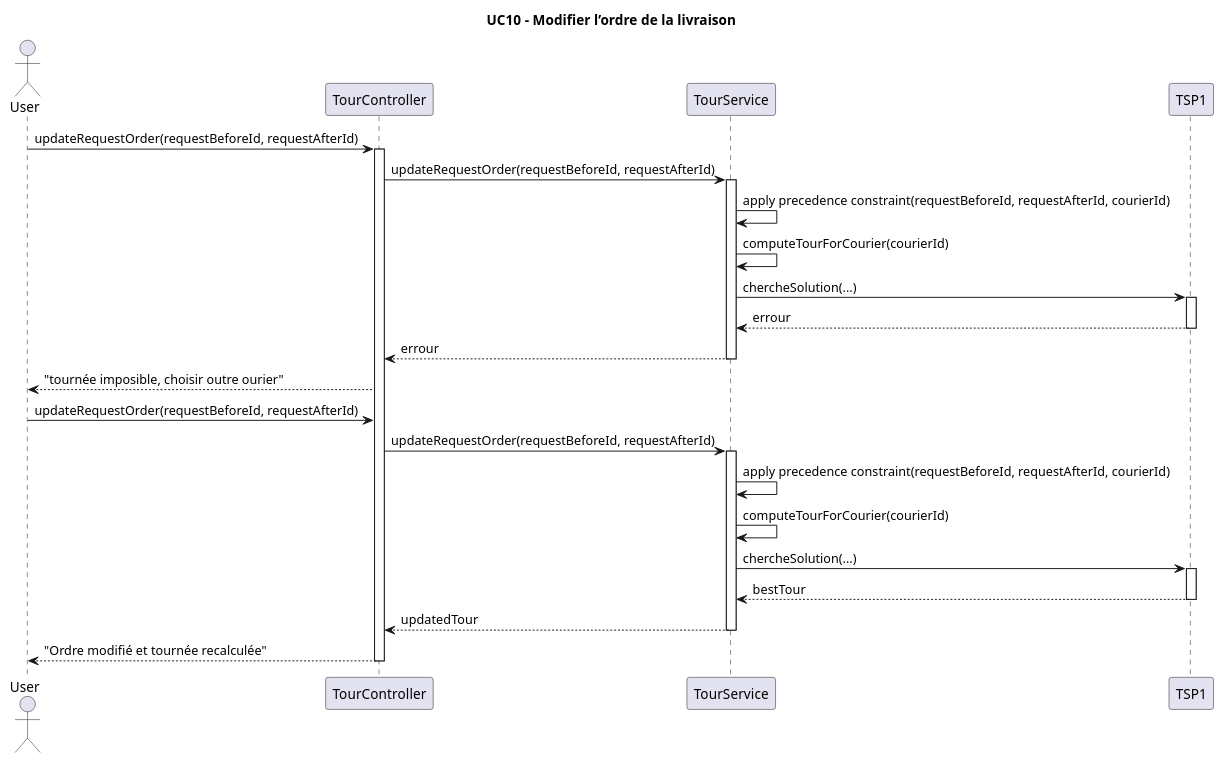
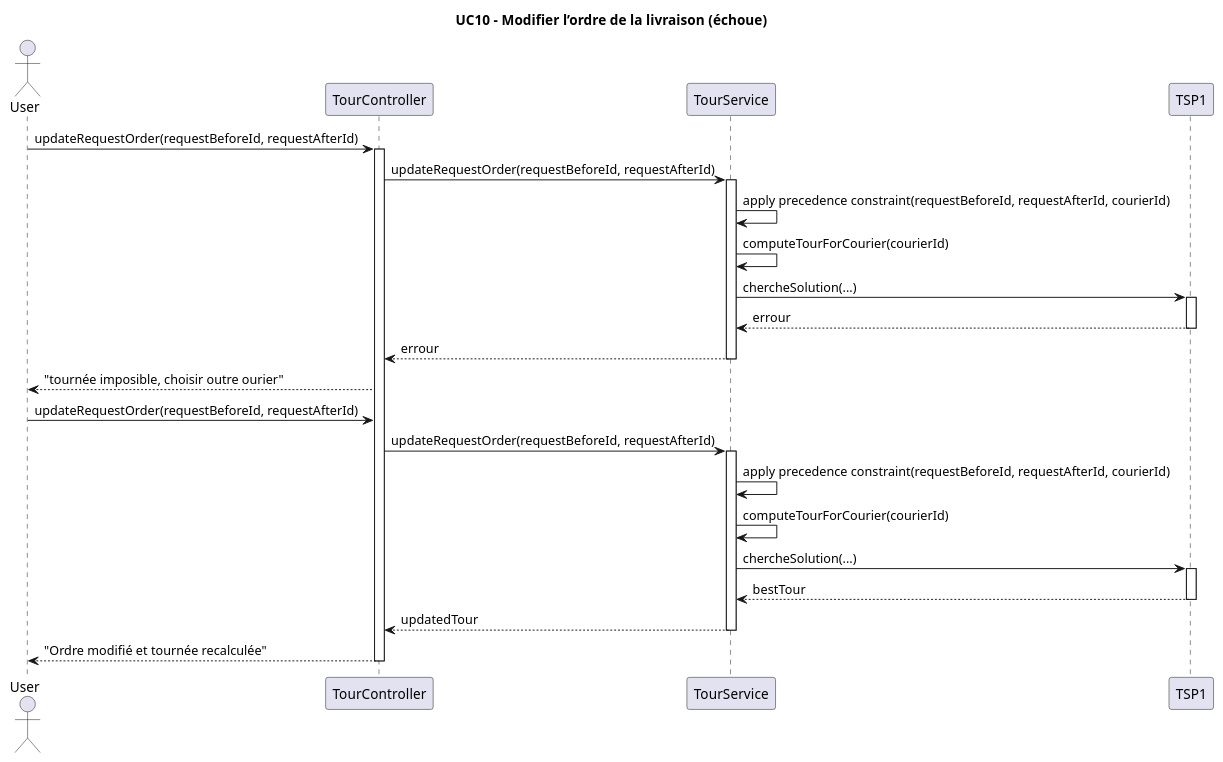
The diagram in diagrams/diagramUC10_Cas_échoue.plantuml (enzo-dosanjos/Pickup_Delivery_App), drawn with PlantUML before and after one commit. The commit also changed 1 other file, not shown here.

```diff
--- a/diagrams/diagramUC10_Cas_échoue.plantuml
+++ b/diagrams/diagramUC10_Cas_échoue.plantuml
@@ -1,45 +1,45 @@
 @startuml
-title UC10 - Modifier l’ordre de la livraison
+title UC10 - Modifier l’ordre de la livraison (échoue)
 
 actor User
 participant "TourController" as TC
 participant "TourService" as TS
 participant "TSP1" as TSP1
 
 User -> TC : updateRequestOrder(requestBeforeId, requestAfterId)
 activate TC
 
 TC -> TS : updateRequestOrder(requestBeforeId, requestAfterId)
 activate TS
 
 TS -> TS : apply precedence constraint(requestBeforeId, requestAfterId, courierId)
 TS -> TS : computeTourForCourier(courierId)
 TS -> TSP1 : chercheSolution(...)
 activate TSP1
 TSP1 --> TS : errour
 deactivate TSP1
 
 TS --> TC : errour
 deactivate TS
 
 TC --> User : "tournée imposible, choisir outre ourier"
 
 User -> TC : updateRequestOrder(requestBeforeId, requestAfterId)
 
 
 TC -> TS : updateRequestOrder(requestBeforeId, requestAfterId)
 activate TS
 
 TS -> TS : apply precedence constraint(requestBeforeId, requestAfterId, courierId)
 TS -> TS : computeTourForCourier(courierId)
 TS -> TSP1 : chercheSolution(...)
 activate TSP1
 TSP1 --> TS : bestTour
 deactivate TSP1
 
 TS --> TC : updatedTour
 deactivate TS
 
 TC --> User : "Ordre modifié et tournée recalculée"
 deactivate TC
 @enduml
```
